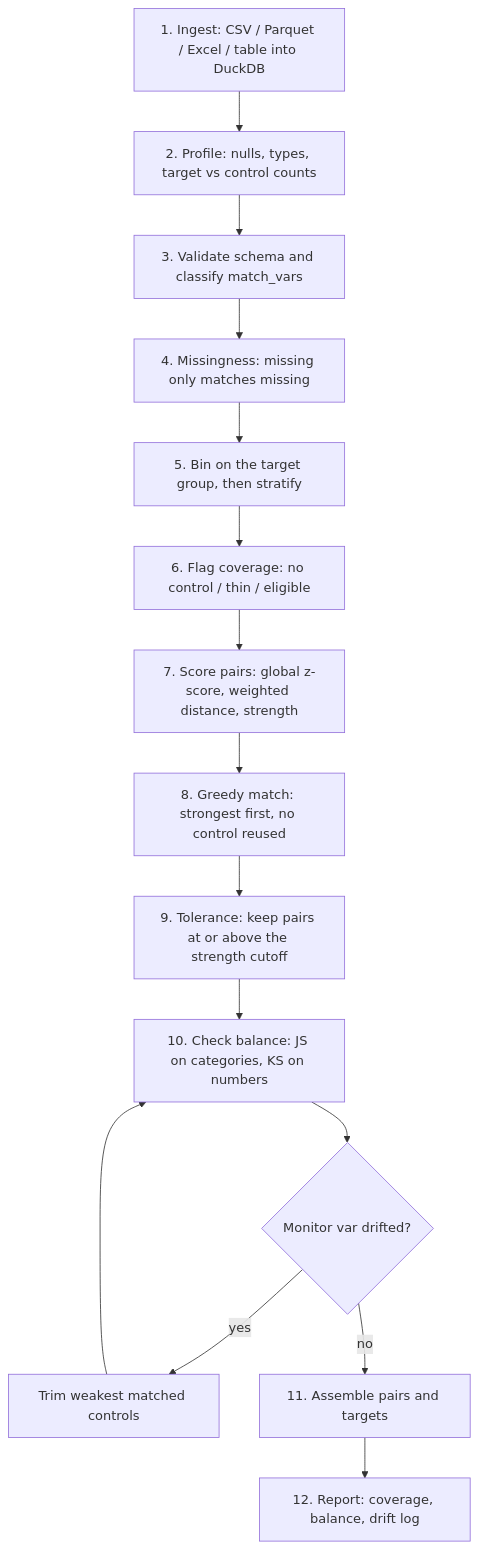
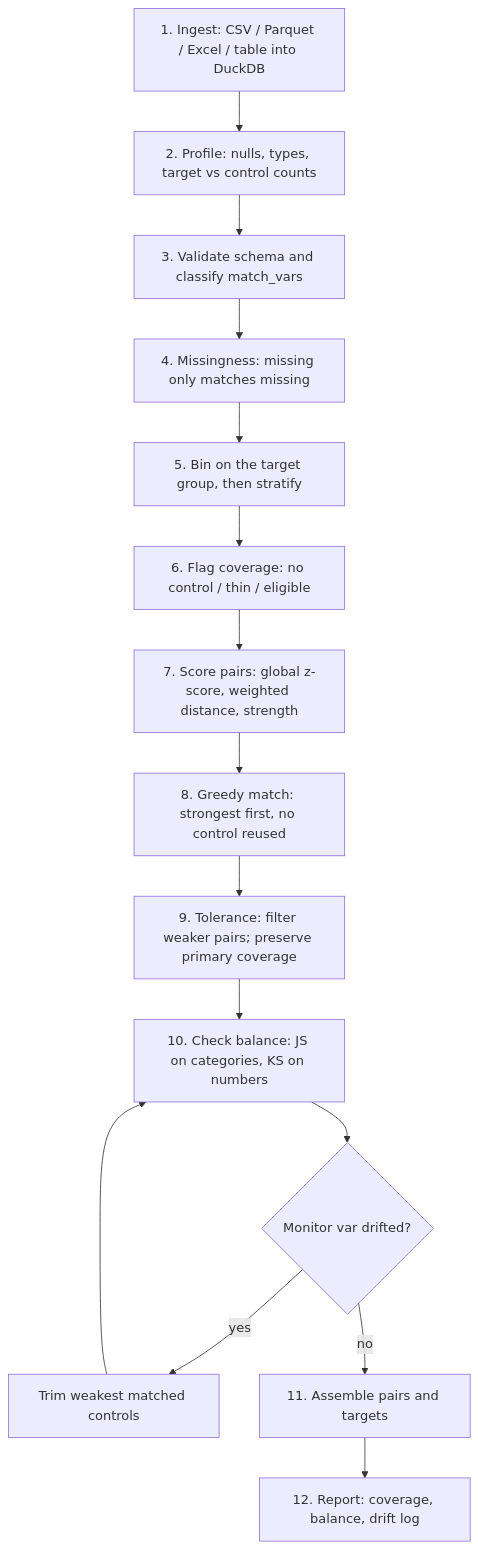
Before and after one commit to B2BDA/RapidMatch: the first of 2 diagrams in README.md, drawn with Mermaid. The commit also changed other lines of this file and 3 other files, not shown here.

Commit message:
docs: tolerance semantics, quality_status and coverage keys for primary-preservation

````diff
--- a/README.md
+++ b/README.md
@@ -133,21 +134,21 @@
 ```mermaid
 flowchart TD
     A["1. Ingest: CSV / Parquet / Excel / table into DuckDB"]
     B["2. Profile: nulls, types, target vs control counts"]
     C["3. Validate schema and classify match_vars"]
     D["4. Missingness: missing only matches missing"]
     E["5. Bin on the target group, then stratify"]
     F["6. Flag coverage: no control / thin / eligible"]
     G["7. Score pairs: global z-score, weighted distance, strength"]
     H["8. Greedy match: strongest first, no control reused"]
-    I["9. Tolerance: keep pairs at or above the strength cutoff"]
+    I["9. Tolerance: filter weaker pairs; preserve primary coverage"]
     J["10. Check balance: JS on categories, KS on numbers"]
     K{"Monitor var drifted?"}
     L["Trim weakest matched controls"]
     M["11. Assemble pairs and targets"]
     N["12. Report: coverage, balance, drift log"]
 
     A --> B --> C --> D --> E --> F --> G --> H --> I --> J --> K
     K -- yes --> L --> J
     K -- no --> M --> N
 ```
````
